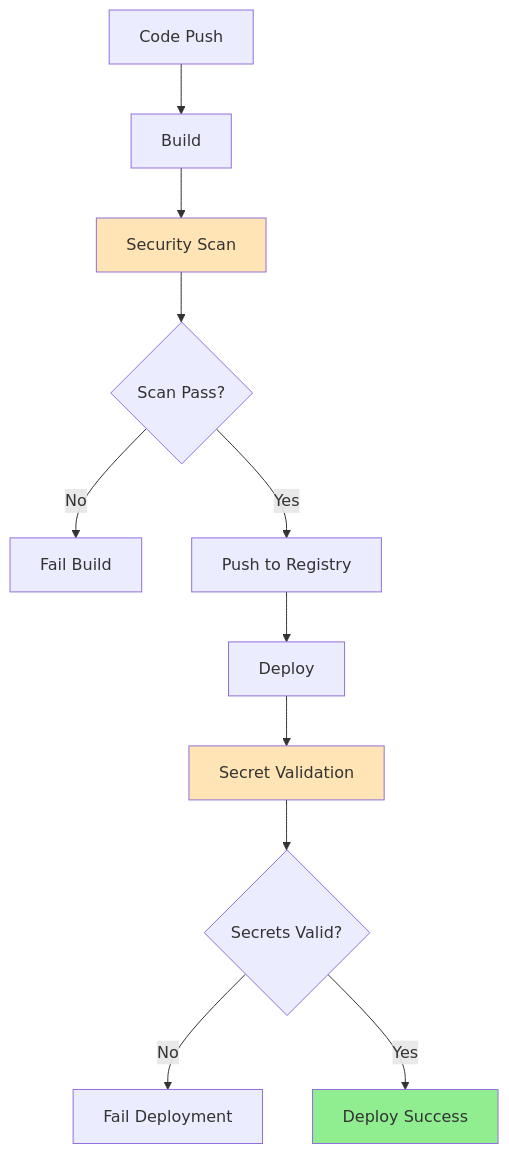
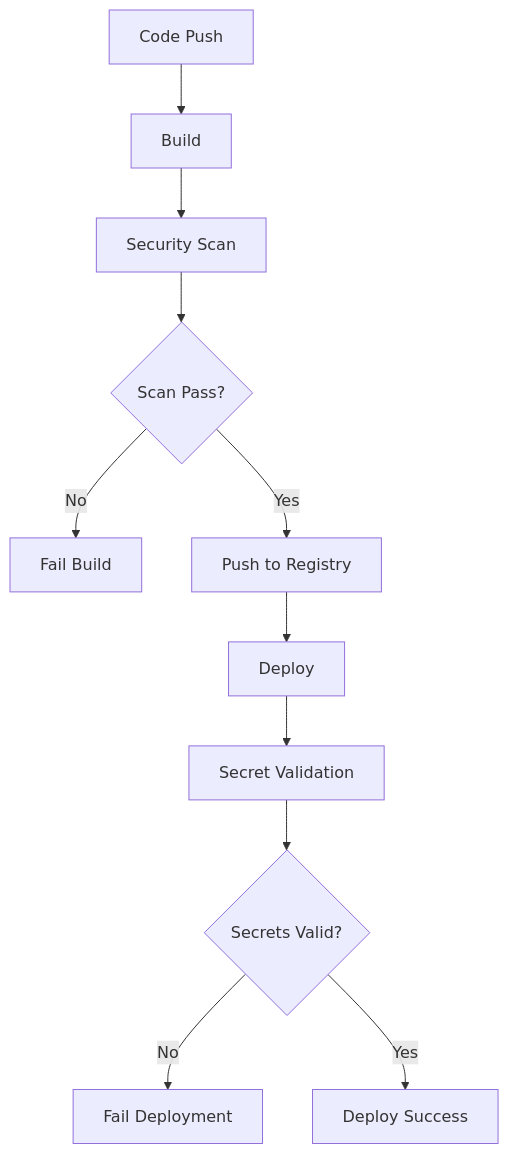
Before and after one commit to 4gh0rn/dev-blog: diagram 11 of 11 in docs/projects/conduit-deployment.md, drawn with Mermaid. The commit also changed other lines of this file and 17 other files, not shown here.

````diff
--- a/docs/projects/conduit-deployment.md
+++ b/docs/projects/conduit-deployment.md
@@ -345,17 +318,13 @@
 ```mermaid
 graph TB
     A[Code Push] --> B[Build]
     B --> C[Security Scan]
     C --> D{Scan Pass?}
     D -->|No| E[Fail Build]
     D -->|Yes| F[Push to Registry]
     F --> G[Deploy]
     G --> H[Secret Validation]
     H --> I{Secrets Valid?}
     I -->|No| J[Fail Deployment]
     I -->|Yes| K[Deploy Success]
-    
-    style C fill:#FFE4B5
-    style H fill:#FFE4B5
-    style K fill:#90EE90
 ```
````
